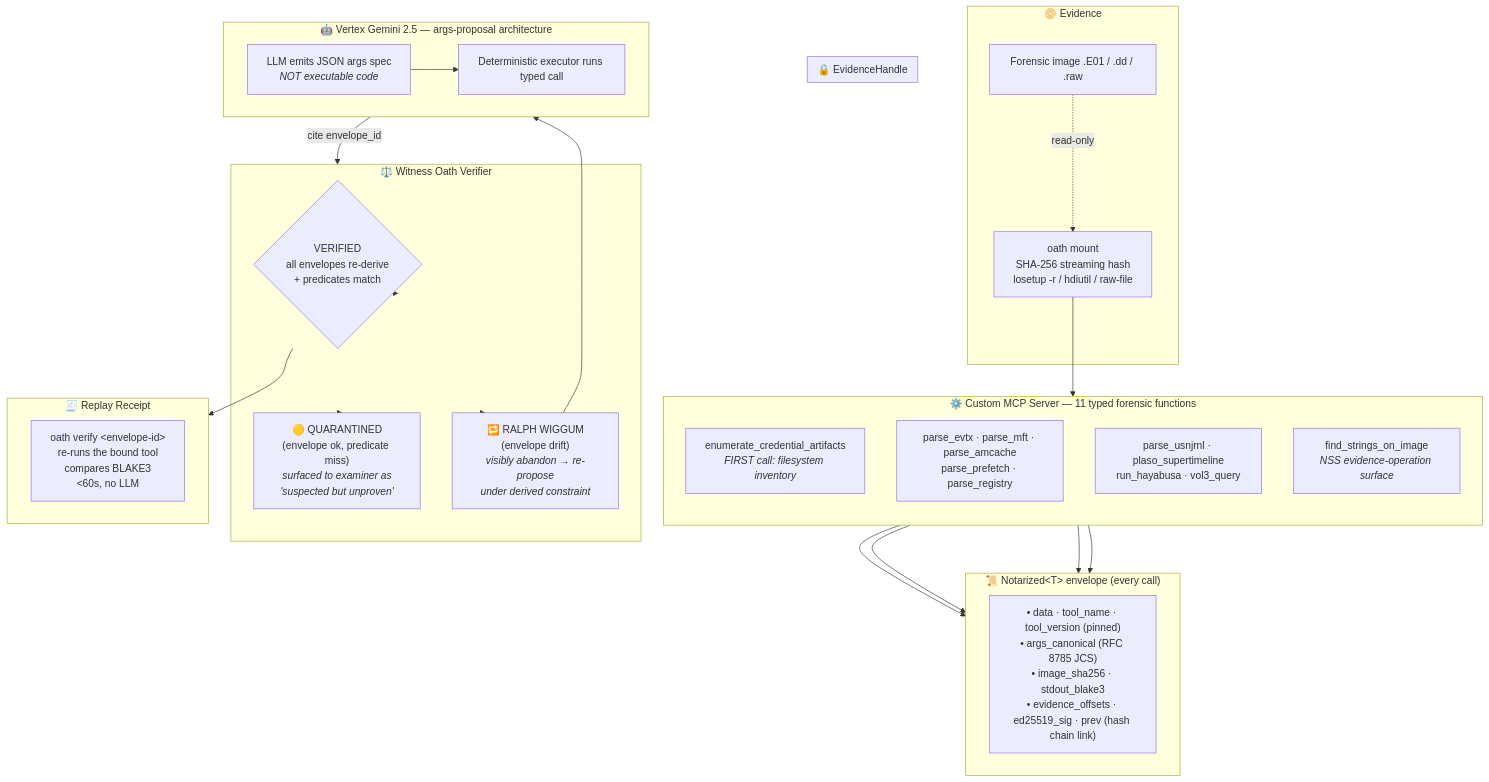
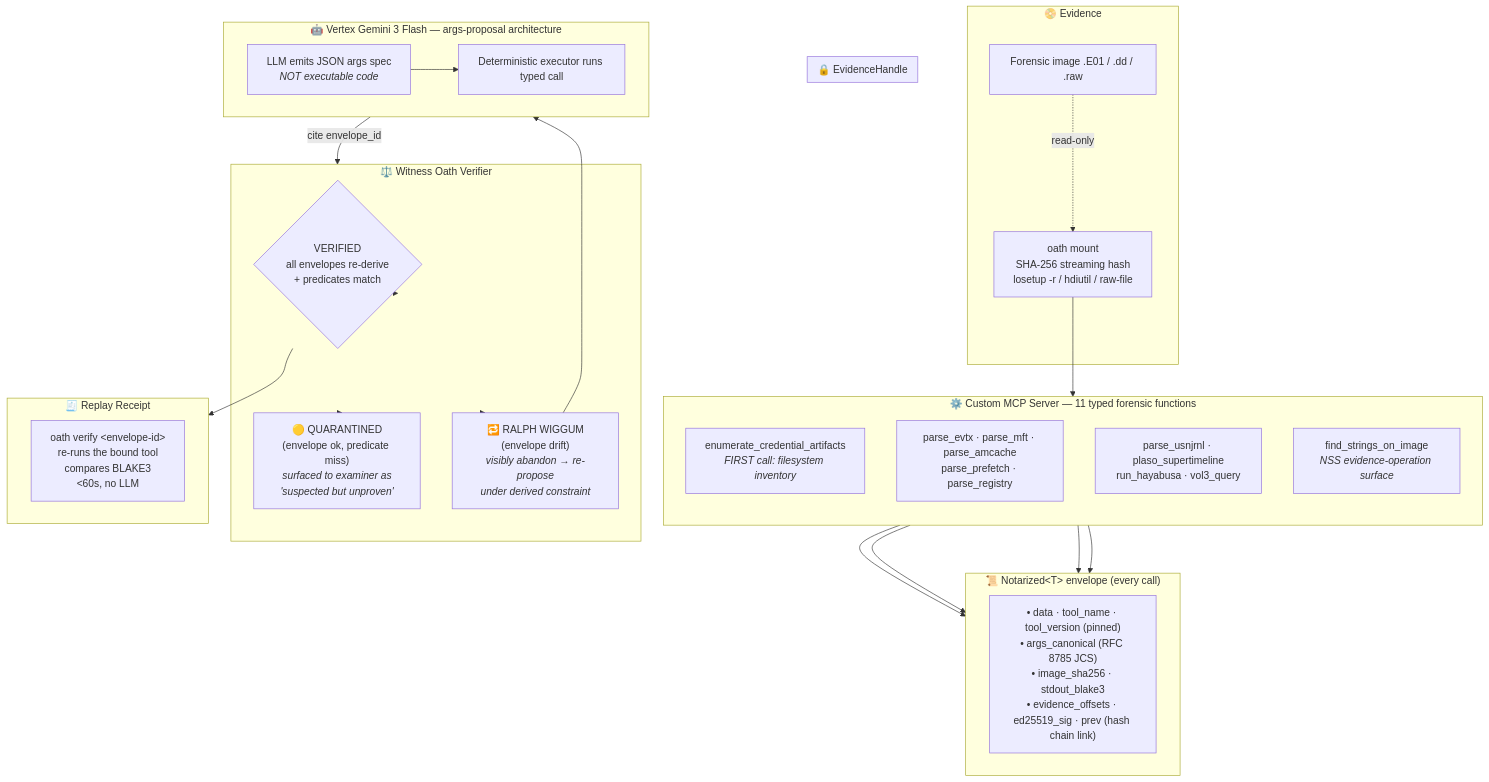
Before and after one commit to GharsallahDev/oath-mcp: the diagram in docs/ARCHITECTURE.md, drawn with Mermaid. The commit also changed other lines of this file and 36 other files, not shown here.

````diff
--- a/docs/ARCHITECTURE.md
+++ b/docs/ARCHITECTURE.md
@@ -11,51 +11,51 @@
 ```mermaid
 flowchart TB
     subgraph EVIDENCE["📀 Evidence"]
         IMG[Forensic image .E01 / .dd / .raw]
         IMG -.read-only.-> MOUNT
     end
 
     subgraph HANDLE["🔒 EvidenceHandle"]
         MOUNT[oath mount<br/>SHA-256 streaming hash<br/>losetup -r / hdiutil / raw-file]
     end
 
     subgraph MCP["⚙️ Custom MCP Server — 11 typed forensic functions"]
         direction TB
         F1["enumerate_credential_artifacts<br/><i>FIRST call: filesystem inventory</i>"]
         F2["parse_evtx · parse_mft · parse_amcache<br/>parse_prefetch · parse_registry"]
         F3["parse_usnjrnl · plaso_supertimeline<br/>run_hayabusa · vol3_query"]
         F4["find_strings_on_image<br/><i>NSS evidence-operation surface</i>"]
     end
 
     subgraph ENV["📜 Notarized&lt;T&gt; envelope (every call)"]
         E1["• data · tool_name · tool_version (pinned)<br/>• args_canonical (RFC 8785 JCS)<br/>• image_sha256 · stdout_blake3<br/>• evidence_offsets · ed25519_sig · prev (hash chain link)"]
     end
 
-    subgraph AGENT["🤖 Vertex Gemini 2.5 — args-proposal architecture"]
+    subgraph AGENT["🤖 Vertex Gemini 3 Flash — args-proposal architecture"]
         PROPOSE[LLM emits JSON args spec<br/><i>NOT executable code</i>]
         EXEC[Deterministic executor runs typed call]
         PROPOSE --> EXEC
     end
 
     subgraph WITNESS["⚖️ Witness Oath Verifier"]
         VERIFIED{"VERIFIED<br/>all envelopes re-derive<br/>+ predicates match"}
         QUARANTINED["🟡 QUARANTINED<br/>(envelope ok, predicate miss)<br/><i>surfaced to examiner as<br/>'suspected but unproven'</i>"]
         RALPH["🔁 RALPH WIGGUM<br/>(envelope drift)<br/><i>visibly abandon → re-propose<br/>under derived constraint</i>"]
     end
 
     subgraph RECEIPT["🧾 Replay Receipt"]
         R1["oath verify &lt;envelope-id&gt;<br/>re-runs the bound tool<br/>compares BLAKE3<br/>&lt;60s, no LLM"]
     end
 
     MOUNT --> F1
     F1 --> ENV
     F2 --> ENV
     F3 --> ENV
     F4 --> ENV
     AGENT -->|cite envelope_id| WITNESS
     WITNESS --> VERIFIED
     WITNESS --> QUARANTINED
     WITNESS --> RALPH
     RALPH --> AGENT
     VERIFIED --> RECEIPT
 ```
````
